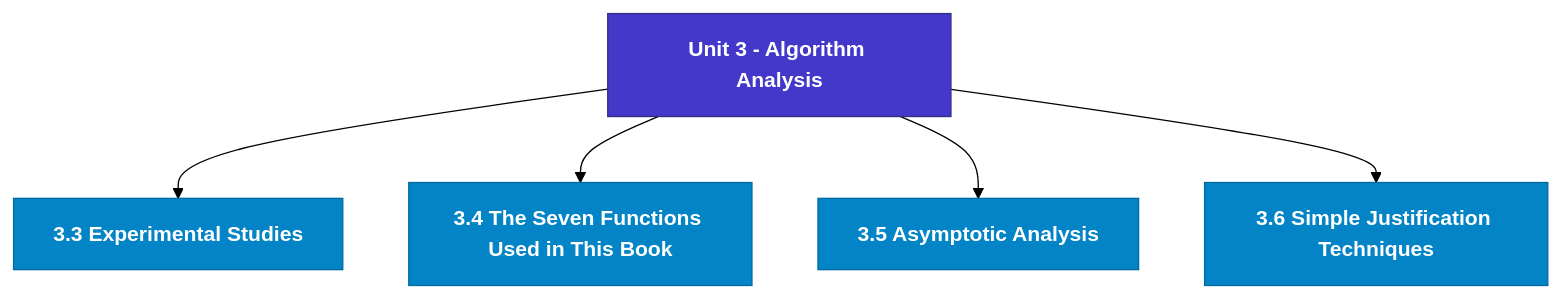
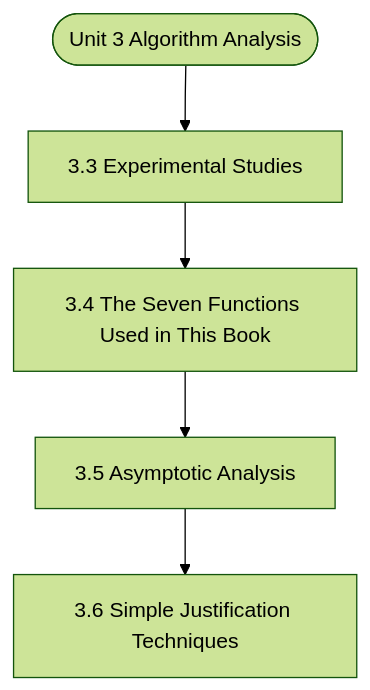
The diagram in notes/Semester_1/MCS-063_Data_Structures_using_Python/unit_03_Algorithm_Analysis.md (Asutosh-Coaching/mscdsa), drawn with Mermaid (forest theme) before and after one commit. The commit also changed other lines of this file and 115 other files, not shown here.

Commit message:
Fix Mermaid layout for mobile, isolate LaTeX delimiters, and add GitHub Pages reader

````diff
--- a/notes/Semester_1/MCS-063_Data_Structures_using_Python/unit_03_Algorithm_Analysis.md
+++ b/notes/Semester_1/MCS-063_Data_Structures_using_Python/unit_03_Algorithm_Analysis.md
@@ -19,17 +19,12 @@
 ```mermaid
 flowchart TD
-  %% Styling Definitions
-  classDef head fill:#4338ca,stroke:#312e81,color:#ffffff,font-weight:bold;
-  classDef topic fill:#0284c7,stroke:#0369a1,color:#ffffff,font-weight:600;
-  classDef sub fill:#1e293b,stroke:#475569,color:#f8fafc;
-
-  Root["Unit 3 - Algorithm Analysis"]:::head
-  M1["3.3 Experimental Studies"]:::topic
-  Root --> M1
-  M2["3.4 The Seven Functions Used in This Book"]:::topic
-  Root --> M2
-  M3["3.5 Asymptotic Analysis"]:::topic
-  Root --> M3
-  M4["3.6 Simple Justification Techniques"]:::topic
-  Root --> M4
+  Start(["Unit 3 Algorithm Analysis"])
+  N1["3.3 Experimental Studies"]
+  N2["3.4 The Seven Functions Used in This Book"]
+  N3["3.5 Asymptotic Analysis"]
+  N4["3.6 Simple Justification Techniques"]
+  Start --> N1
+  N1 --> N2
+  N2 --> N3
+  N3 --> N4
 ```
````
